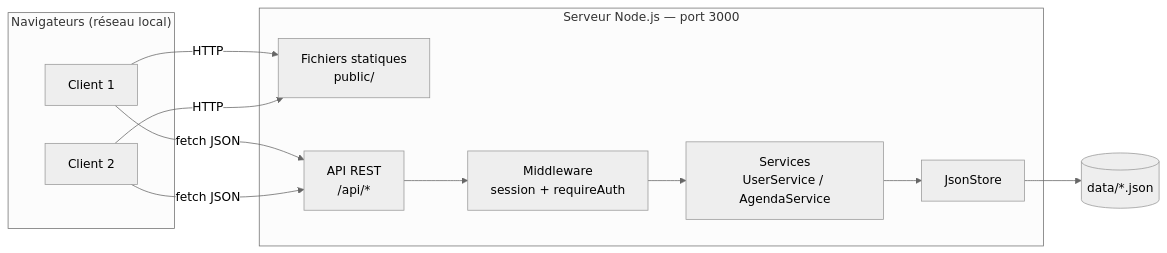
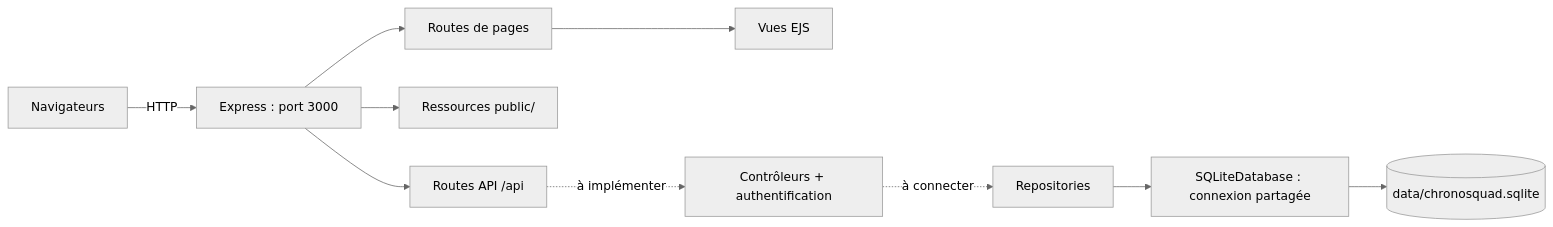
The first of 2 diagrams in docs/sprint0/conception.md (mbianytabs/ACL2026-ChronoSquad), drawn with Mermaid (neutral theme) before and after one commit. The commit also changed other lines of this file and 20 other files, not shown here.

````diff
--- a/docs/sprint0/conception.md
+++ b/docs/sprint0/conception.md
@@ -10,21 +13,12 @@
 ```mermaid
 flowchart LR
-    subgraph Clients["Navigateurs (réseau local)"]
-        C1[Client 1]
-        C2[Client 2]
-    end
-    subgraph Serveur["Serveur Node.js — port 3000"]
-        S[Fichiers statiques<br/>public/]
-        A[API REST<br/>/api/*]
-        MW[Middleware<br/>session + requireAuth]
-        SV[Services<br/>UserService / AgendaService]
-        ST[JsonStore]
-    end
-    D[(data/*.json)]
-
-    C1 -- HTTP --> S
-    C2 -- HTTP --> S
-    C1 -- fetch JSON --> A
-    C2 -- fetch JSON --> A
-    A --> MW --> SV --> ST --> D
+    C[Navigateurs] -->|HTTP| E[Express : port 3000]
+    E --> P[Routes de pages]
+    P --> V[Vues EJS]
+    E --> S[Ressources public/]
+    E --> A[Routes API /api]
+    A -. à implémenter .-> CT[Contrôleurs + authentification]
+    CT -. à connecter .-> R[Repositories]
+    R --> DB[SQLiteDatabase : connexion partagée]
+    DB --> F[(data/chronosquad.sqlite)]
 ```
````
